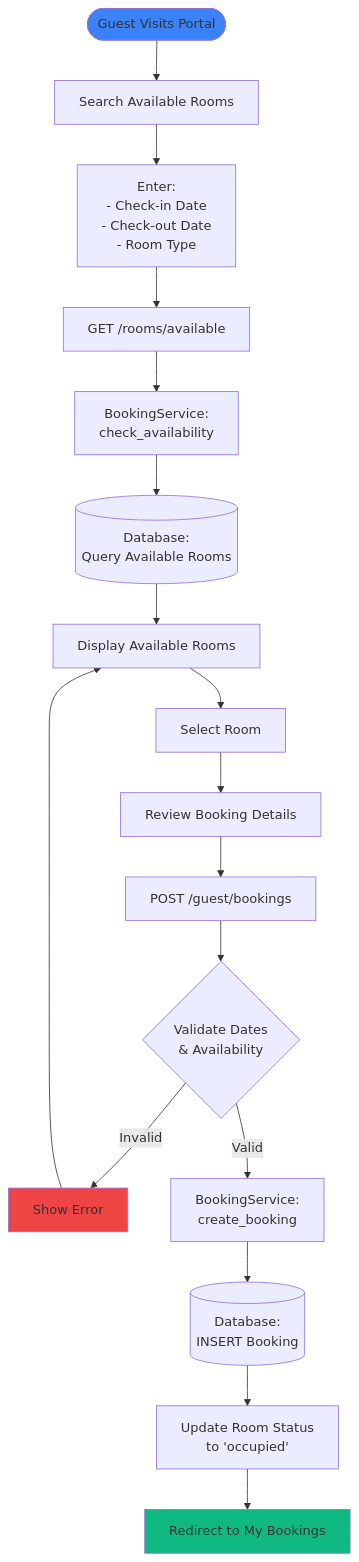
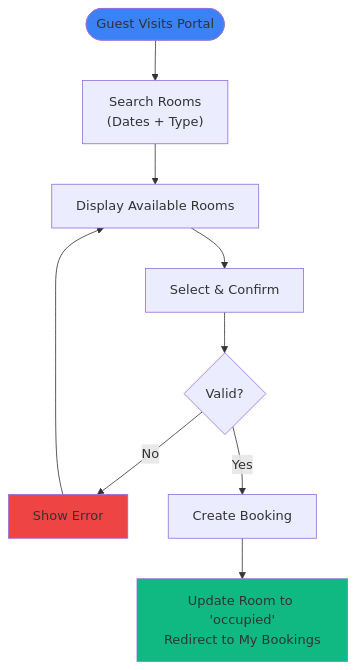
The fourth of 17 diagrams in data-flow.md (tadtd/pupinn), drawn with Mermaid before and after one commit. The commit also changed other lines of this file, not shown here.

Commit message:
chore: simple some data-flow due to the big size

````diff
--- a/data-flow.md
+++ b/data-flow.md
@@ -122,23 +122,15 @@
 ```mermaid
 flowchart TD
-    Start([Guest Visits Portal]) --> Search[Search Available Rooms]
-    Search --> Filter["Enter:<br/>- Check-in Date<br/>- Check-out Date<br/>- Room Type"]
-    Filter --> API1[GET /rooms/available]
-    API1 --> BS[BookingService:<br/>check_availability]
-    BS --> DB1[(Database:<br/>Query Available Rooms)]
-    DB1 --> Results[Display Available Rooms]
-    Results --> Select[Select Room]
-    Select --> Confirm[Review Booking Details]
-    Confirm --> API2[POST /guest/bookings]
-    API2 --> Validate{Validate Dates<br/>& Availability}
-    Validate -->|Invalid| Error[Show Error]
-    Validate -->|Valid| Create[BookingService:<br/>create_booking]
-    Create --> DB2[(Database:<br/>INSERT Booking)]
-    DB2 --> UpdateRoom["Update Room Status<br/>to 'occupied'"]
-    UpdateRoom --> Success[Redirect to My Bookings]
+    Start([Guest Visits Portal]) --> Search["Search Rooms<br/>(Dates + Type)"]
+    Search --> Results[Display Available Rooms]
+    Results --> Select[Select & Confirm]
+    Select --> Validate{Valid?}
+    Validate -->|No| Error[Show Error]
+    Validate -->|Yes| Create[Create Booking]
+    Create --> Success["Update Room to 'occupied'<br/>Redirect to My Bookings"]
     Error --> Results
     
     style Start fill:#3b82f6
     style Success fill:#10b981
     style Error fill:#ef4444
 ```
````
